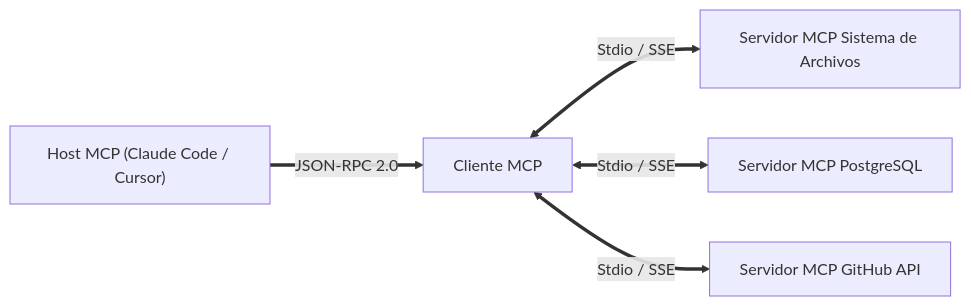
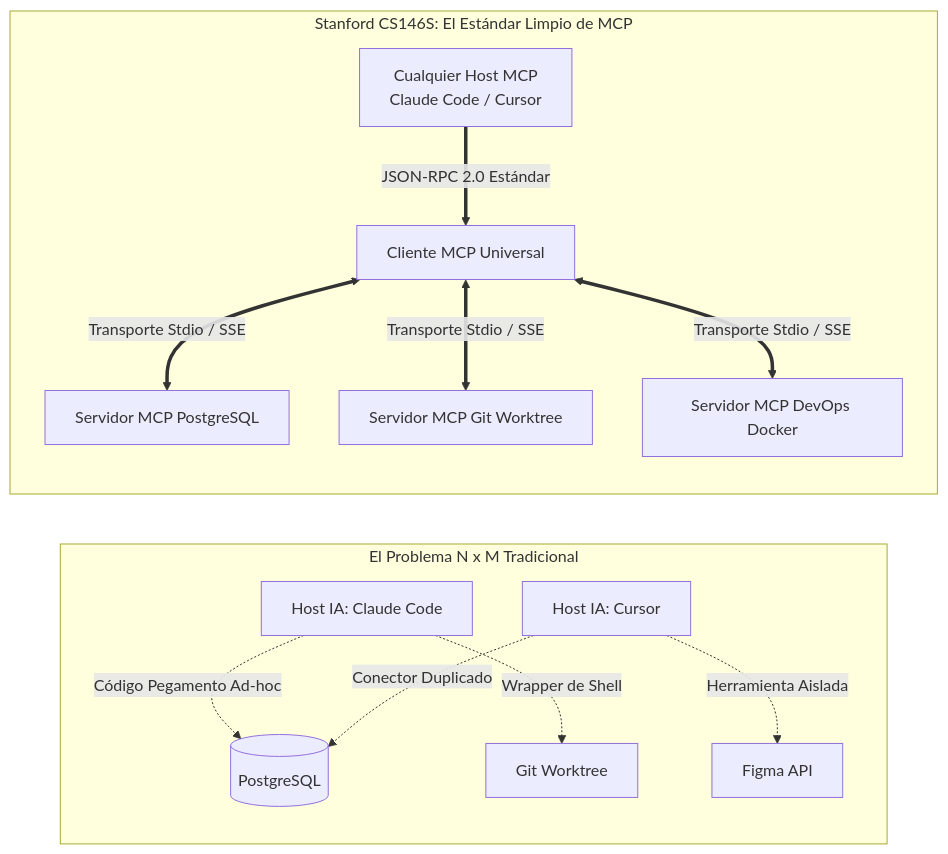
The first of 3 diagrams in i18n/es/docusaurus-plugin-content-blog/2026-10-24-stanford-cs146s-3/index.md (jbjihwan/global_blog), drawn with Mermaid before and after one commit. The commit also changed other lines of this file and 10 other files, not shown here.

````diff
--- a/i18n/es/docusaurus-plugin-content-blog/2026-10-24-stanford-cs146s-3/index.md
+++ b/i18n/es/docusaurus-plugin-content-blog/2026-10-24-stanford-cs146s-3/index.md
@@ -25,7 +27,16 @@
 ```mermaid
 flowchart LR
-    Host["Host MCP (Claude Code / Cursor)"] ==>|JSON-RPC 2.0| Client["Cliente MCP"]
-    Client <==>|Stdio / SSE| S1["Servidor MCP Sistema de Archivos"]
-    Client <==>|Stdio / SSE| S2["Servidor MCP PostgreSQL"]
-    Client <==>|Stdio / SSE| S3["Servidor MCP GitHub API"]
+    subgraph Espagueti_Legacy ["El Problema N x M Tradicional"]
+        A1[Host IA: Claude Code] -.->|Código Pegamento Ad-hoc| R1[(PostgreSQL)]
+        A1 -.->|Wrapper de Shell| R2[Git Worktree]
+        A2[Host IA: Cursor] -.->|Conector Duplicado| R1
+        A2 -.->|Herramienta Aislada| R3[Figma API]
+    end
+
+    subgraph Estandar_MCP ["Stanford CS146S: El Estándar Limpio de MCP"]
+        H1[Cualquier Host MCP<br/>Claude Code / Cursor] ==>|JSON-RPC 2.0 Estándar| C[Cliente MCP Universal]
+        C <==>|Transporte Stdio / SSE| S1[Servidor MCP PostgreSQL]
+        C <==>|Transporte Stdio / SSE| S2[Servidor MCP Git Worktree]
+        C <==>|Transporte Stdio / SSE| S3[Servidor MCP DevOps Docker]
+    end
 ```
````
